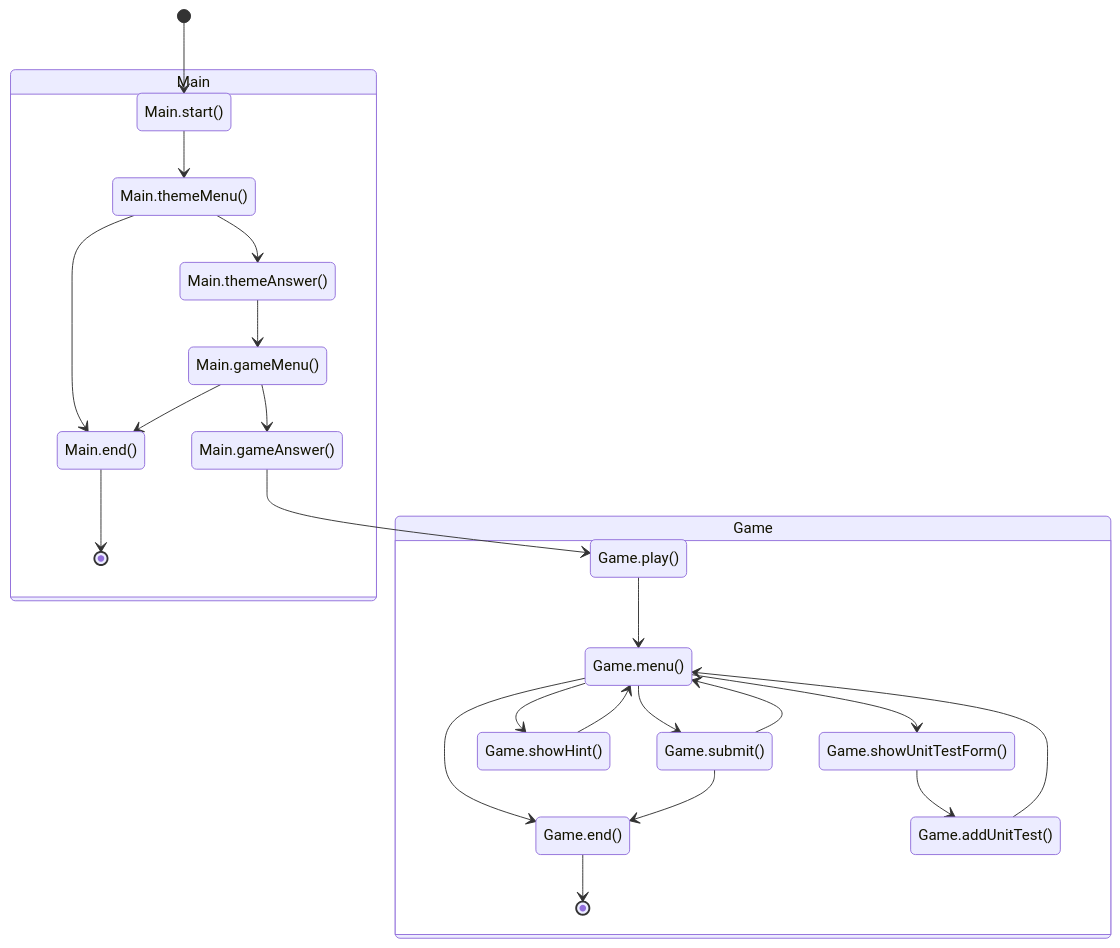
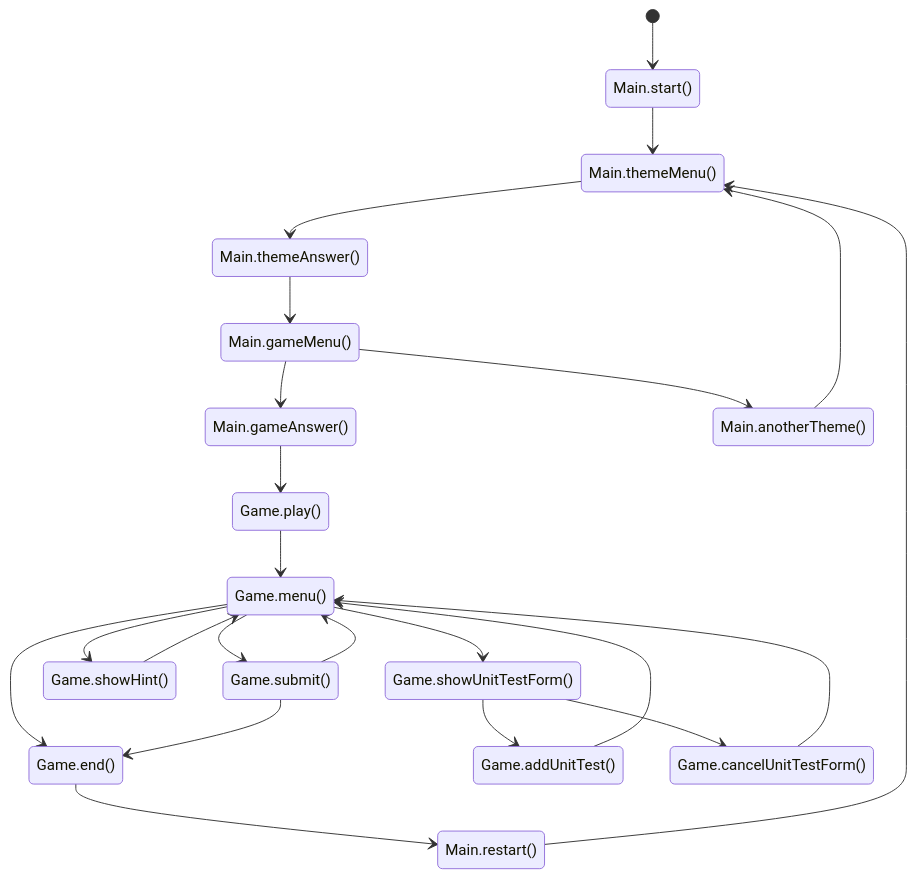
One commit to reimf/unittestgame.com changed the diagram in README.md. Above: the diagram before and after it, drawn with Mermaid. The commit also changed other lines of this file, not shown here.

Commit message:
Update state diagram

````diff
--- a/README.md
+++ b/README.md
@@ -7,27 +7,25 @@
 ```mermaid
 stateDiagram-v2
     [*] --> Main.start()
-    state Main {
-        Main.start() --> Main.themeMenu()
-        Main.themeMenu() --> Main.themeAnswer()
-        Main.themeAnswer() --> Main.gameMenu()
-        Main.gameMenu() --> Main.gameAnswer()
-        Main.gameAnswer() --> Game.play()
-        Main.themeMenu() --> Main.end()
-        Main.gameMenu() --> Main.end()
-        Main.end() --> [*]
-    }
-    state Game {
-        Game.play() --> Game.menu()
-        Game.menu() --> Game.showUnitTestForm()
-        Game.menu() --> Game.showHint()
-        Game.menu() --> Game.submit()
-        Game.menu() --> Game.end()
-        Game.showUnitTestForm() --> Game.addUnitTest()
-        Game.addUnitTest() --> Game.menu()
-        Game.showHint() --> Game.menu()
-        Game.submit() --> Game.menu()
-        Game.submit() --> Game.end()
-        Game.end() --> [*]
-    }
+    Main.start() --> Main.themeMenu()
+    Main.restart() --> Main.themeMenu()
+    Main.themeMenu() --> Main.themeAnswer()
+    Main.themeAnswer() --> Main.gameMenu()
+    Main.gameMenu() --> Main.gameAnswer()
+    Main.gameAnswer() --> Game.play()
+    Main.gameMenu() --> Main.anotherTheme()
+    Main.anotherTheme() --> Main.themeMenu()
+    Game.play() --> Game.menu()
+    Game.menu() --> Game.showUnitTestForm()
+    Game.menu() --> Game.showHint()
+    Game.menu() --> Game.submit()
+    Game.menu() --> Game.end()
+    Game.showUnitTestForm() --> Game.addUnitTest()
+    Game.showUnitTestForm() --> Game.cancelUnitTestForm()
+    Game.cancelUnitTestForm() --> Game.menu()
+    Game.addUnitTest() --> Game.menu()
+    Game.showHint() --> Game.menu()
+    Game.submit() --> Game.menu()
+    Game.submit() --> Game.end()
+    Game.end() --> Main.restart()
 ```
````
